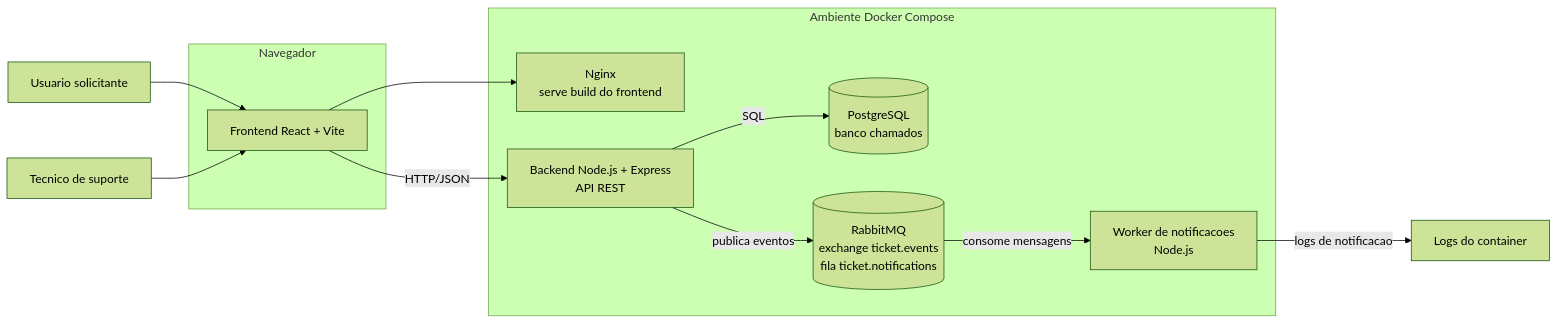
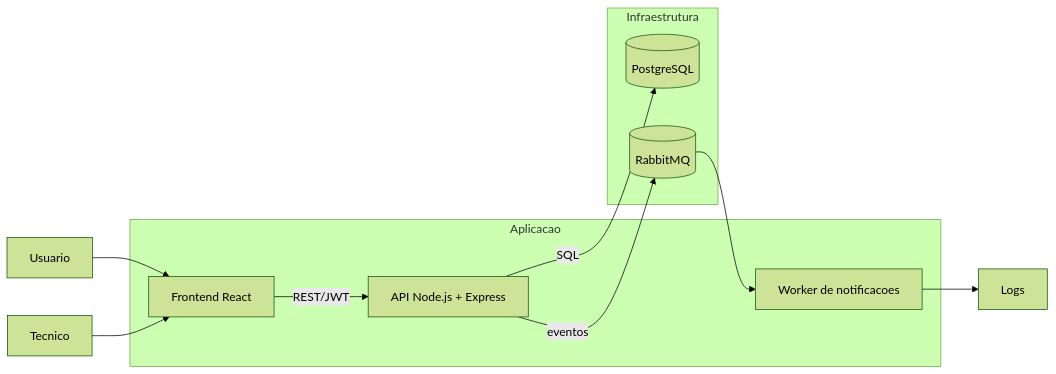
Before and after one commit to leoguimaraes49/projeto-integrador-chamados: the first of 3 diagrams in docs/arquitetura/diagrama-arquitetura.md, drawn with Mermaid (forest theme). The commit also changed other lines of this file, not shown here.

Commit message:
docs(architecture): simplify deployment view

````diff
--- a/docs/arquitetura/diagrama-arquitetura.md
+++ b/docs/arquitetura/diagrama-arquitetura.md
@@ -7,26 +7,24 @@
 ```mermaid
 flowchart LR
-  usuario["Usuario solicitante"]
-  tecnico["Tecnico de suporte"]
+  usuario["Usuario"]
+  tecnico["Tecnico"]
 
-  subgraph navegador["Navegador"]
-    frontend["Frontend React + Vite"]
+  subgraph app["Aplicacao"]
+    frontend["Frontend React"]
+    api["API Node.js + Express"]
+    worker["Worker de notificacoes"]
   end
 
-  subgraph docker["Ambiente Docker Compose"]
-    nginx["Nginx\nserve build do frontend"]
-    api["Backend Node.js + Express\nAPI REST"]
-    worker["Worker de notificacoes\nNode.js"]
-    db[("PostgreSQL\nbanco chamados")]
-    rabbit[("RabbitMQ\nexchange ticket.events\nfila ticket.notifications")]
+  subgraph infra["Infraestrutura"]
+    db[("PostgreSQL")]
+    rabbit[("RabbitMQ")]
   end
 
   usuario --> frontend
   tecnico --> frontend
-  frontend --> nginx
-  frontend -- "HTTP/JSON" --> api
+  frontend -- "REST/JWT" --> api
   api -- "SQL" --> db
-  api -- "publica eventos" --> rabbit
-  rabbit -- "consome mensagens" --> worker
-  worker -- "logs de notificacao" --> logs["Logs do container"]
+  api -- "eventos" --> rabbit
+  rabbit --> worker
+  worker --> logs["Logs"]
 ```
````
